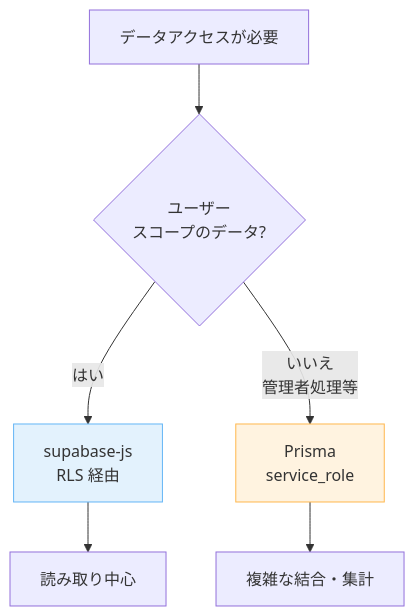
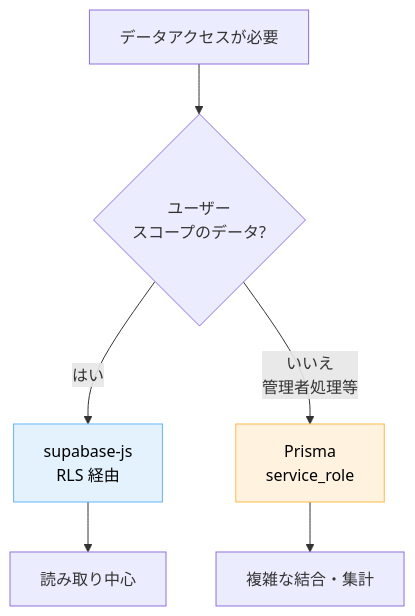
One commit to dinekt/dinekt-wiki changed the second of 2 diagrams in docs/case-studies/nextjs-supabase-prisma-併用時の認証と-rls-の扱い方.md. Above: the diagram before and after it, drawn with Mermaid. The commit also changed other lines of this file and 71 other files, not shown here.

First line of the commit message:
fix: mermaid readability + remove GitHub repo toolbar

````diff
--- a/docs/case-studies/nextjs-supabase-prisma-併用時の認証と-rls-の扱い方.md
+++ b/docs/case-studies/nextjs-supabase-prisma-併用時の認証と-rls-の扱い方.md
@@ -60,11 +60,11 @@
 ```mermaid
 flowchart TD
     Q[データアクセスが必要] --> A{ユーザー<br/>スコープのデータ?}
     A -->|はい| B[supabase-js<br/>RLS 経由]
     A -->|いいえ<br/>管理者処理等| C[Prisma<br/>service_role]
     B --> D[読み取り中心]
     C --> E[複雑な結合・集計]
 
-    style B fill:#e3f2fd,stroke:#64b5f6
-    style C fill:#fff3e0,stroke:#ffb74d
+    style B fill:#e3f2fd,stroke:#64b5f6,color:#000
+    style C fill:#fff3e0,stroke:#ffb74d,color:#000
 ```
````
